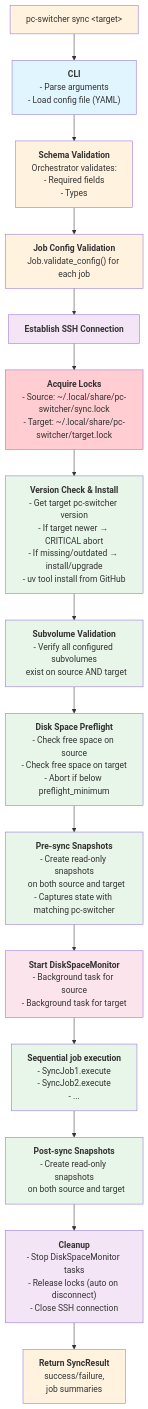
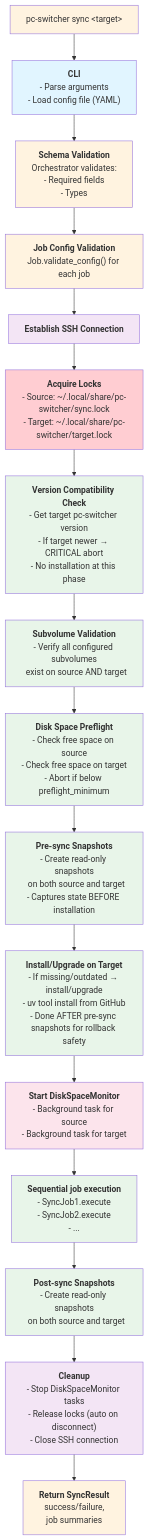
One commit to flaksit/pc-switcher changed diagram 15 of 21 in specs/001-foundation/architecture.md. Above: the diagram before and after it, drawn with Mermaid. The commit also changed other lines of this file and 4 other files, not shown here.

Commit message:
install/upgrade on target after snapshot

````diff
--- a/specs/001-foundation/architecture.md
+++ b/specs/001-foundation/architecture.md
@@ -1076,63 +1076,67 @@
 ```mermaid
 graph TD
     Start["pc-switcher sync &lt;target&gt;"]
 
     CLI["<b>CLI</b><br/>- Parse arguments<br/>- Load config file (YAML)"]
 
     SchemaVal["<b>Schema Validation</b><br/>Orchestrator validates:<br/>- Required fields<br/>- Types"]
 
     JobConfigVal["<b>Job Config Validation</b><br/>Job.validate_config() for each job"]
 
     Connect["<b>Establish SSH Connection</b>"]
 
     AcquireLocks["<b>Acquire Locks</b><br/>- Source: ~/.local/share/pc-switcher/sync.lock<br/>- Target: ~/.local/share/pc-switcher/target.lock"]
 
-    VersionCheck["<b>Version Check & Install</b><br/>- Get target pc-switcher version<br/>- If target newer → CRITICAL abort<br/>- If missing/outdated → install/upgrade<br/>- uv tool install from GitHub"]
+    VersionCheck["<b>Version Compatibility Check</b><br/>- Get target pc-switcher version<br/>- If target newer → CRITICAL abort<br/>- No installation at this phase"]
 
     SubvolCheck["<b>Subvolume Validation</b><br/>- Verify all configured subvolumes<br/>  exist on source AND target"]
 
     DiskPreflight["<b>Disk Space Preflight</b><br/>- Check free space on source<br/>- Check free space on target<br/>- Abort if below preflight_minimum"]
 
-    SnapPre["<b>Pre-sync Snapshots</b><br/>- Create read-only snapshots<br/>  on both source and target<br/>- Captures state with matching pc-switcher"]
+    SnapPre["<b>Pre-sync Snapshots</b><br/>- Create read-only snapshots<br/>  on both source and target<br/>- Captures state BEFORE installation"]
+
+    InstallTarget["<b>Install/Upgrade on Target</b><br/>- If missing/outdated → install/upgrade<br/>- uv tool install from GitHub<br/>- Done AFTER pre-sync snapshots for rollback safety"]
 
     StartDiskMon["<b>Start DiskSpaceMonitor</b><br/>- Background task for source<br/>- Background task for target"]
 
     SyncJobs["<b>Sequential job execution</b><br/>- SyncJob1.execute<br/>- SyncJob2.execute<br/>- ..."]
 
     SnapPost["<b>Post-sync Snapshots</b><br/>- Create read-only snapshots<br/>  on both source and target"]
 
     Cleanup["<b>Cleanup</b><br/>- Stop DiskSpaceMonitor tasks<br/>- Release locks (auto on disconnect)<br/>- Close SSH connection"]
 
     Result["<b>Return SyncResult</b><br/>success/failure,<br/>job summaries"]
 
     Start --> CLI
     CLI --> SchemaVal
     SchemaVal --> JobConfigVal
     JobConfigVal --> Connect
     Connect --> AcquireLocks
     AcquireLocks --> VersionCheck
     VersionCheck --> SubvolCheck
     SubvolCheck --> DiskPreflight
     DiskPreflight --> SnapPre
-    SnapPre --> StartDiskMon
+    SnapPre --> InstallTarget
+    InstallTarget --> StartDiskMon
     StartDiskMon --> SyncJobs
     SyncJobs --> SnapPost
     SnapPost --> Cleanup
     Cleanup --> Result
 
     style Start fill:#fff3e0
     style CLI fill:#e1f5ff
     style SchemaVal fill:#fff3e0
     style JobConfigVal fill:#fff3e0
     style Connect fill:#f3e5f5
     style AcquireLocks fill:#ffcdd2
     style VersionCheck fill:#e8f5e9
     style SubvolCheck fill:#e8f5e9
     style DiskPreflight fill:#e8f5e9
     style SnapPre fill:#e8f5e9
+    style InstallTarget fill:#e8f5e9
     style StartDiskMon fill:#fce4ec
     style SyncJobs fill:#e8f5e9
     style SnapPost fill:#e8f5e9
     style Cleanup fill:#f3e5f5
     style Result fill:#fff3e0
 ```
````
